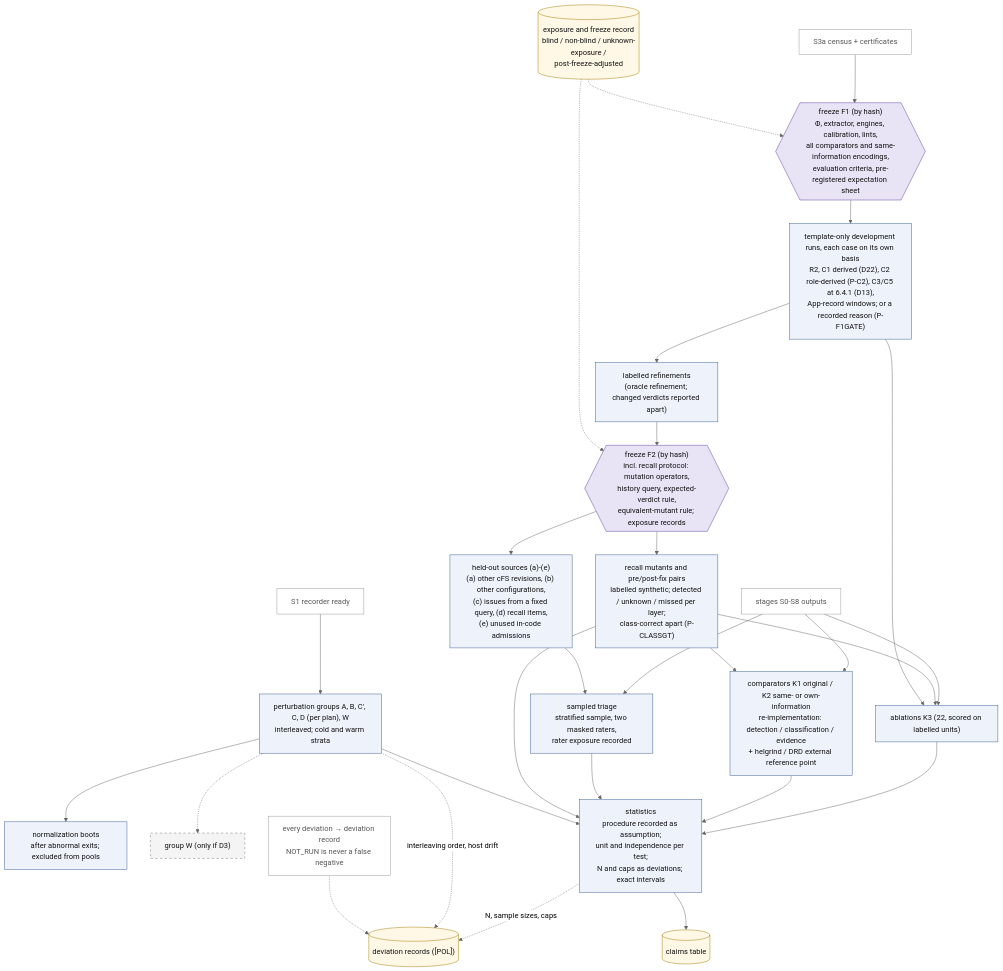
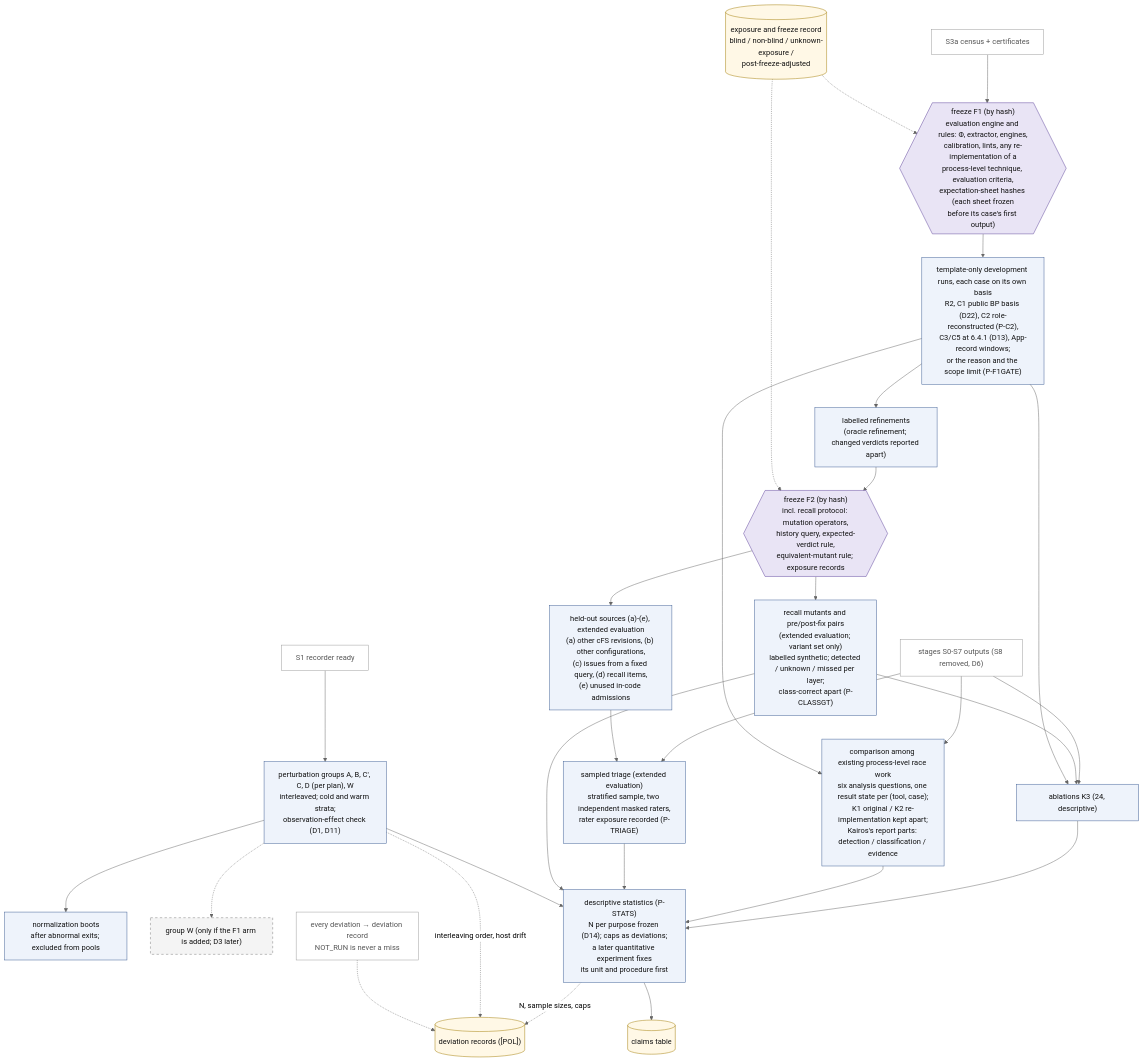
The diagram in research/cfs_procrace/Architecture/07_evaluation.md (wookjaeya/Shape-Perf), drawn with Mermaid (neutral theme) before and after one commit. The commit also changed other lines of this file and 5 other files, not shown here.

First line of the commit message:
WIP: Korean mirrors of SPEC rev 1.3 in progress (checkpoint 2; agents still editing)

````diff
--- a/research/cfs_procrace/Architecture/07_evaluation.md
+++ b/research/cfs_procrace/Architecture/07_evaluation.md
@@ -119,64 +121,64 @@
 ```mermaid
 flowchart TD
-    %% D4 detail - evaluation path: freezes, development runs, held-out and recall, comparison, statistics.
-    %% Source: spec §12 D4; §7.2, §7.5, §8.2-8.7, [POL].
-    %% Dashed border = PI-gated. Dashed edge = record-keeping or PI-gated path.
+    %% D4 detail - evaluation path: freezes, development runs, extended evaluation (held-out, recall, triage), comparison, statistics.
+    %% Source: spec §12 D4 (rev 1.2); §7.2, §7.5, §8.2-8.7, [POL].
+    %% Dashed border = later or added only by a decision. Dashed edge = record-keeping or decision-gated path.
 
     S1["S1 recorder ready"]
     S3A["S3a census + certificates"]
-    STG["stages S0-S8 outputs"]
+    STG["stages S0-S7 outputs (S8 removed, D6)"]
 
-    F1{{"freeze F1 (by hash)<br/>Φ, extractor, engines, calibration, lints,<br/>all comparators and same-information encodings,<br/>evaluation criteria, pre-registered expectation sheet"}}
-    TO["template-only development runs, each case on its own basis<br/>R2, C1 derived (D22), C2 role-derived (P-C2), C3/C5 at 6.4.1 (D13),<br/>App-record windows; or a recorded reason (P-F1GATE)"]
+    F1{{"freeze F1 (by hash)<br/>evaluation engine and rules: Φ, extractor, engines,<br/>calibration, lints, any re-implementation of a<br/>process-level technique, evaluation criteria,<br/>expectation-sheet hashes (each sheet frozen<br/>before its case's first output)"}}
+    TO["template-only development runs, each case on its own basis<br/>R2, C1 public BP basis (D22), C2 role-reconstructed (P-C2),<br/>C3/C5 at 6.4.1 (D13), App-record windows;<br/>or the reason and the scope limit (P-F1GATE)"]
     REF["labelled refinements<br/>(oracle refinement; changed verdicts reported apart)"]
     F2{{"freeze F2 (by hash)<br/>incl. recall protocol: mutation operators,<br/>history query, expected-verdict rule,<br/>equivalent-mutant rule; exposure records"}}
     EXP[("exposure and freeze record<br/>blind / non-blind / unknown-exposure /<br/>post-freeze-adjusted")]
-    HO["held-out sources (a)-(e)<br/>(a) other cFS revisions, (b) other configurations,<br/>(c) issues from a fixed query, (d) recall items,<br/>(e) unused in-code admissions"]
-    RCL["recall mutants and pre/post-fix pairs<br/>labelled synthetic; detected / unknown / missed per layer;<br/>class-correct apart (P-CLASSGT)"]
-    TRI["sampled triage<br/>stratified sample, two masked raters,<br/>rater exposure recorded"]
-    ABL["ablations K3 (22, scored on labelled units)"]
-    BAS["comparators K1 original / K2 same- or own-information<br/>re-implementation: detection / classification / evidence<br/>+ helgrind / DRD external reference point"]
-    PG["perturbation groups A, B, C′, C, D (per plan), W<br/>interleaved; cold and warm strata"]
+    HO["held-out sources (a)-(e), extended evaluation<br/>(a) other cFS revisions, (b) other configurations,<br/>(c) issues from a fixed query, (d) recall items,<br/>(e) unused in-code admissions"]
+    RCL["recall mutants and pre/post-fix pairs<br/>(extended evaluation; variant set only)<br/>labelled synthetic; detected / unknown / missed per layer;<br/>class-correct apart (P-CLASSGT)"]
+    TRI["sampled triage (extended evaluation)<br/>stratified sample, two independent masked raters,<br/>rater exposure recorded (P-TRIAGE)"]
+    ABL["ablations K3 (24, descriptive)"]
+    BAS["comparison among existing process-level race work<br/>six analysis questions, one result state per (tool, case);<br/>K1 original / K2 re-implementation kept apart;<br/>Kairos's report parts: detection / classification / evidence"]
+    PG["perturbation groups A, B, C′, C, D (per plan), W<br/>interleaved; cold and warm strata;<br/>observation-effect check (D1, D11)"]
     NB["normalization boots<br/>after abnormal exits; excluded from pools"]
-    WG["group W (only if D3)"]
-    STAT["statistics<br/>procedure recorded as assumption;<br/>unit and independence per test;<br/>N and caps as deviations; exact intervals"]
+    WG["group W (only if the F1 arm is added; D3 later)"]
+    STAT["descriptive statistics (P-STATS)<br/>N per purpose frozen (D14); caps as deviations;<br/>a later quantitative experiment fixes<br/>its unit and procedure first"]
     CLAIMS[("claims table")]
     DEV[("deviation records ([POL])")]
 
     S3A --> F1 --> TO --> REF --> F2
     F2 --> HO
     F2 --> RCL
     EXP -.-> F1
     EXP -.-> F2
     S1 --> PG
     PG --> NB
     PG -.-> WG
     STG --> ABL
     STG --> BAS
     STG --> TRI
     HO --> TRI
     RCL --> ABL
-    RCL --> BAS
     TO --> ABL
+    TO --> BAS
     ABL --> STAT
     BAS --> STAT
     TRI --> STAT
     RCL --> STAT
     PG --> STAT
     STAT --> CLAIMS
     STAT -.->|"N, sample sizes, caps"| DEV
     PG -.->|"interleaving order, host drift"| DEV
-    NOTE["every deviation → deviation record<br/>NOT_RUN is never a false negative"]
+    NOTE["every deviation → deviation record<br/>NOT_RUN is never a miss"]
     NOTE -.-> DEV
 
     classDef comp fill:#eef3fb,stroke:#3b5b92,color:#111
     classDef frz fill:#e9e4f5,stroke:#5b3f99,color:#111
     classDef art fill:#fff8e6,stroke:#a07a00,color:#111
     classDef gated fill:#f4f4f4,stroke:#777,stroke-dasharray:5 5,color:#111
     classDef ref fill:#ffffff,stroke:#999,color:#555
     class TO,REF,HO,RCL,TRI,ABL,BAS,PG,NB,STAT comp
     class F1,F2 frz
     class CLAIMS,DEV,EXP art
     class WG gated
     class S1,S3A,STG,NOTE ref
 ```
````
